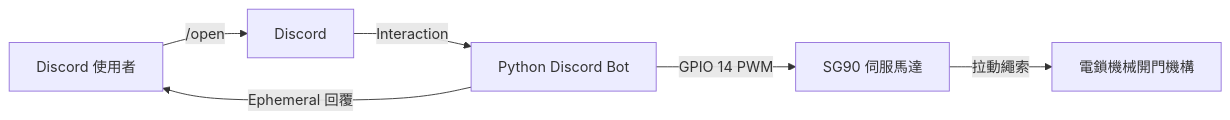
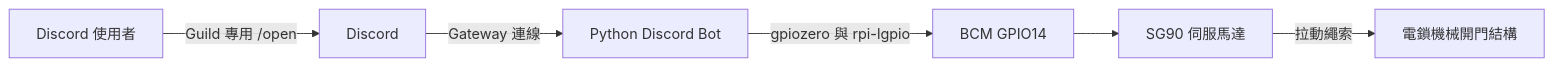
One commit to NTUT-Leo/Discord-Door-Bot changed the diagram in README.md. Above: the diagram before and after it, drawn with Mermaid. The commit also changed other lines of this file and 8 other files, not shown here.

````diff
--- a/README.md
+++ b/README.md
@@ -20,8 +21,8 @@
 ```mermaid
 flowchart LR
-    U[Discord 使用者] -->|/open| D[Discord]
-    D -->|Interaction| B[Python Discord Bot]
-    B -->|GPIO 14 PWM| S[SG90 伺服馬達]
-    S -->|拉動繩索| L[電鎖機械開門機構]
-    B -->|Ephemeral 回覆| U
+    U[Discord 使用者] -->|Guild 專用 /open| D[Discord]
+    D -->|Gateway 連線| B[Python Discord Bot]
+    B -->|gpiozero 與 rpi-lgpio| G[BCM GPIO14]
+    G --> S[SG90 伺服馬達]
+    S -->|拉動繩索| L[電鎖機械開門結構]
 ```
````
